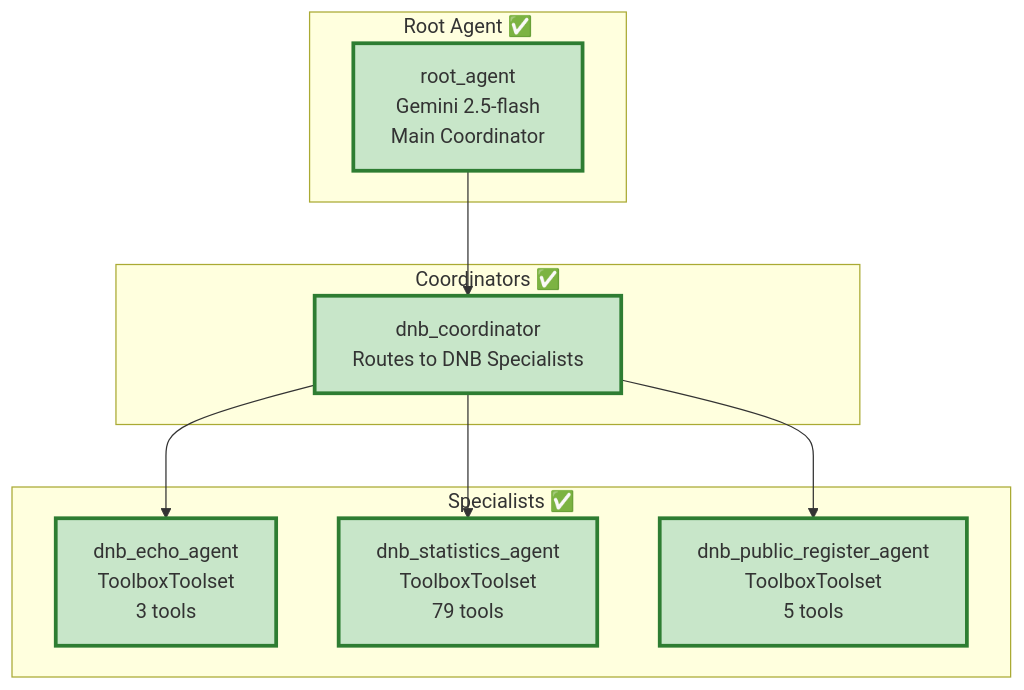
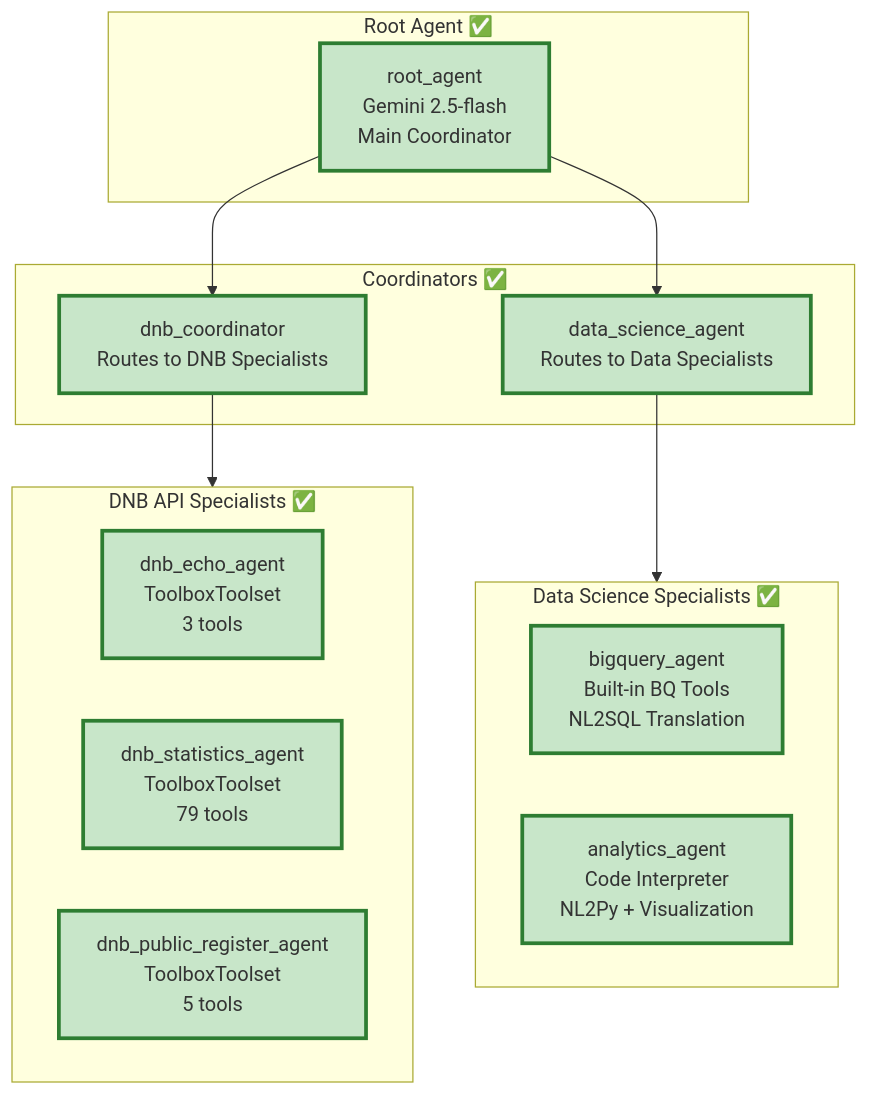
Before and after one commit to Px8Studio/adk-python: the second of 5 diagrams in backend/etl/docs/ARCHITECTURE_CURRENT.md, drawn with Mermaid. The commit also changed other lines of this file and 3 other files, not shown here.

````diff
--- a/backend/etl/docs/ARCHITECTURE_CURRENT.md
+++ b/backend/etl/docs/ARCHITECTURE_CURRENT.md
@@ -114,24 +114,30 @@
 ```mermaid
 graph TB
     subgraph Root_Layer["Root Agent ✅"]
         Root["root_agent<br/>Gemini 2.5-flash<br/>Main Coordinator"]
     end
 
     subgraph Coordinator_Layer["Coordinators ✅"]
         DNB_Coord["dnb_coordinator<br/>Routes to DNB Specialists"]
+        Data_Coord["data_science_agent<br/>Routes to Data Specialists"]
     end
 
-    subgraph Specialist_Layer["Specialists ✅"]
+    subgraph DNB_Specialists["DNB API Specialists ✅"]
         Echo["dnb_echo_agent<br/>ToolboxToolset<br/>3 tools"]
         Stats["dnb_statistics_agent<br/>ToolboxToolset<br/>79 tools"]
         PR["dnb_public_register_agent<br/>ToolboxToolset<br/>5 tools"]
     end
 
+    subgraph Data_Specialists["Data Science Specialists ✅"]
+        BQ_Agent["bigquery_agent<br/>Built-in BQ Tools<br/>NL2SQL Translation"]
+        Analytics_Agent["analytics_agent<br/>Code Interpreter<br/>NL2Py + Visualization"]
+    end
+
     Root --> DNB_Coord
-    DNB_Coord --> Echo
-    DNB_Coord --> Stats
-    DNB_Coord --> PR
+    Root --> Data_Coord
+    DNB_Coord --> DNB_Specialists
+    Data_Coord --> Data_Specialists
 
     classDef implemented fill:#c8e6c9,stroke:#2e7d32,stroke-width:3px
-    class Root,DNB_Coord,Echo,Stats,PR implemented
+    class Root,DNB_Coord,Data_Coord,Echo,Stats,PR,BQ_Agent,Analytics_Agent implemented
 ```
````
